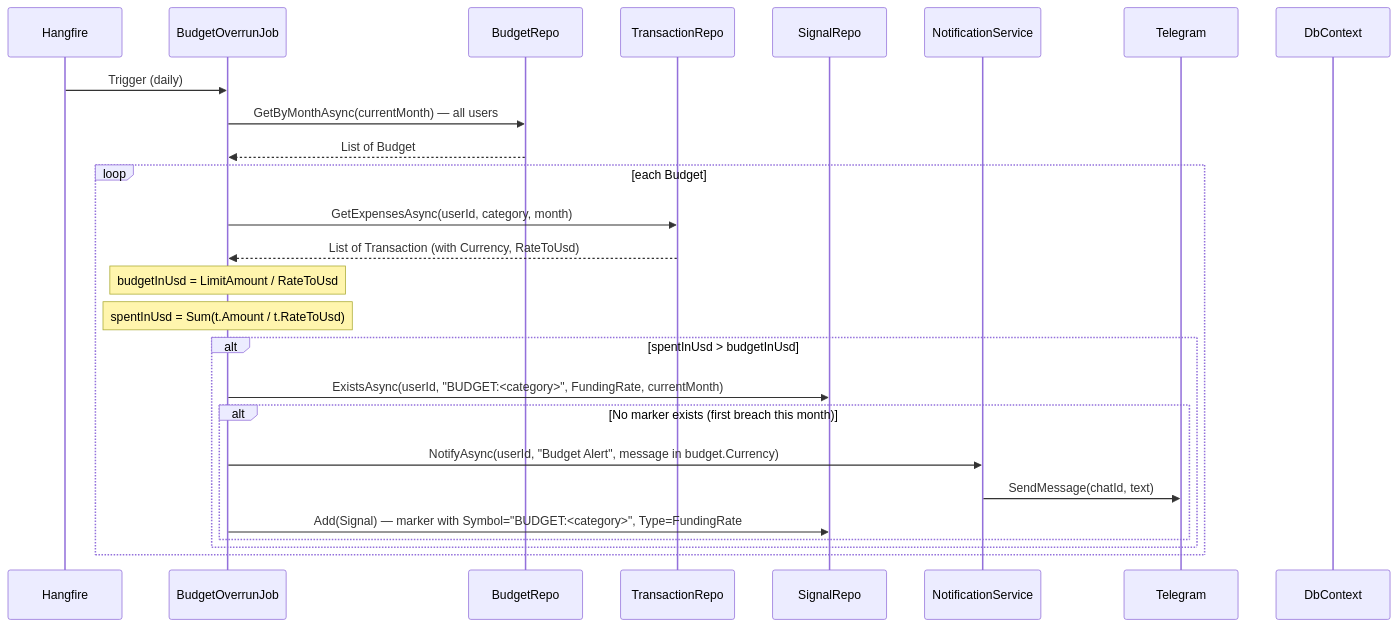
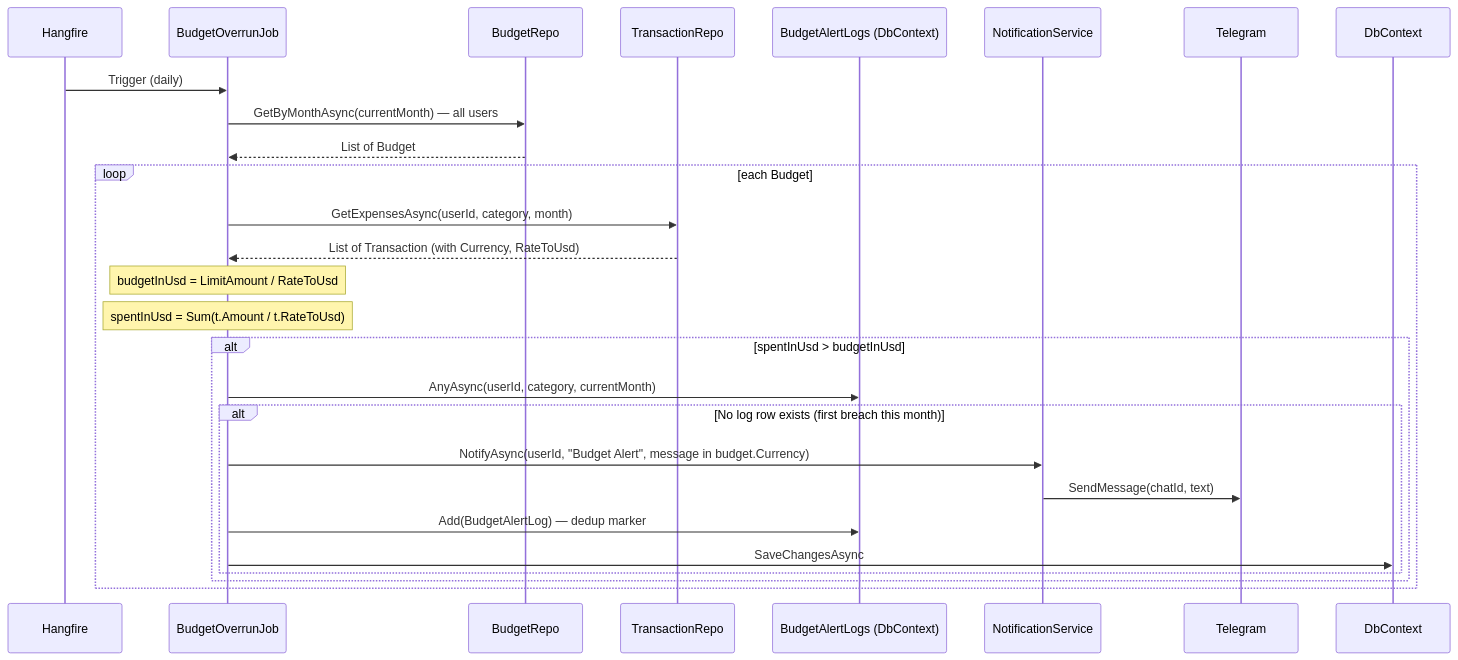
Before and after one commit to KhanhHungVo/FinTrackPro: the second of 2 diagrams in docs/architecture/background-jobs.md, drawn with Mermaid. The commit also changed other lines of this file and 4 other files, not shown here.

````diff
--- a/docs/architecture/background-jobs.md
+++ b/docs/architecture/background-jobs.md
@@ -81,32 +81,33 @@
 ```mermaid
 sequenceDiagram
     participant Hangfire
     participant Job as BudgetOverrunJob
     participant BR as BudgetRepo
     participant TR as TransactionRepo
-    participant SR as SignalRepo
+    participant AL as BudgetAlertLogs (DbContext)
     participant NS as NotificationService
     participant Telegram
     participant DB as DbContext
 
     Hangfire->>Job: Trigger (daily)
     Job->>BR: GetByMonthAsync(currentMonth) — all users
     BR-->>Job: List of Budget
 
     loop each Budget
         Job->>TR: GetExpensesAsync(userId, category, month)
         TR-->>Job: List of Transaction (with Currency, RateToUsd)
 
         Note over Job: budgetInUsd = LimitAmount / RateToUsd
         Note over Job: spentInUsd = Sum(t.Amount / t.RateToUsd)
 
         alt spentInUsd > budgetInUsd
-            Job->>SR: ExistsAsync(userId, "BUDGET:<category>", FundingRate, currentMonth)
-            alt No marker exists (first breach this month)
+            Job->>AL: AnyAsync(userId, category, currentMonth)
+            alt No log row exists (first breach this month)
                 Job->>NS: NotifyAsync(userId, "Budget Alert", message in budget.Currency)
                 NS->>Telegram: SendMessage(chatId, text)
-                Job->>SR: Add(Signal) — marker with Symbol="BUDGET:<category>", Type=FundingRate
+                Job->>AL: Add(BudgetAlertLog) — dedup marker
+                Job->>DB: SaveChangesAsync
             end
         end
     end
 ```
````
